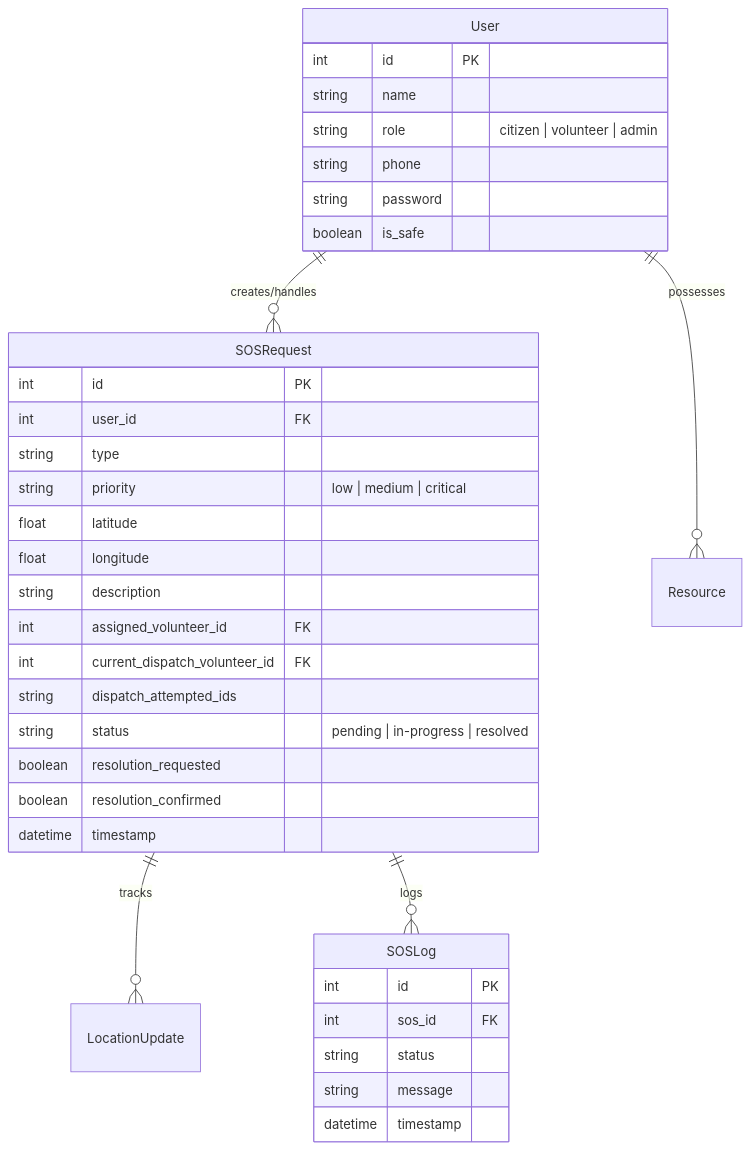
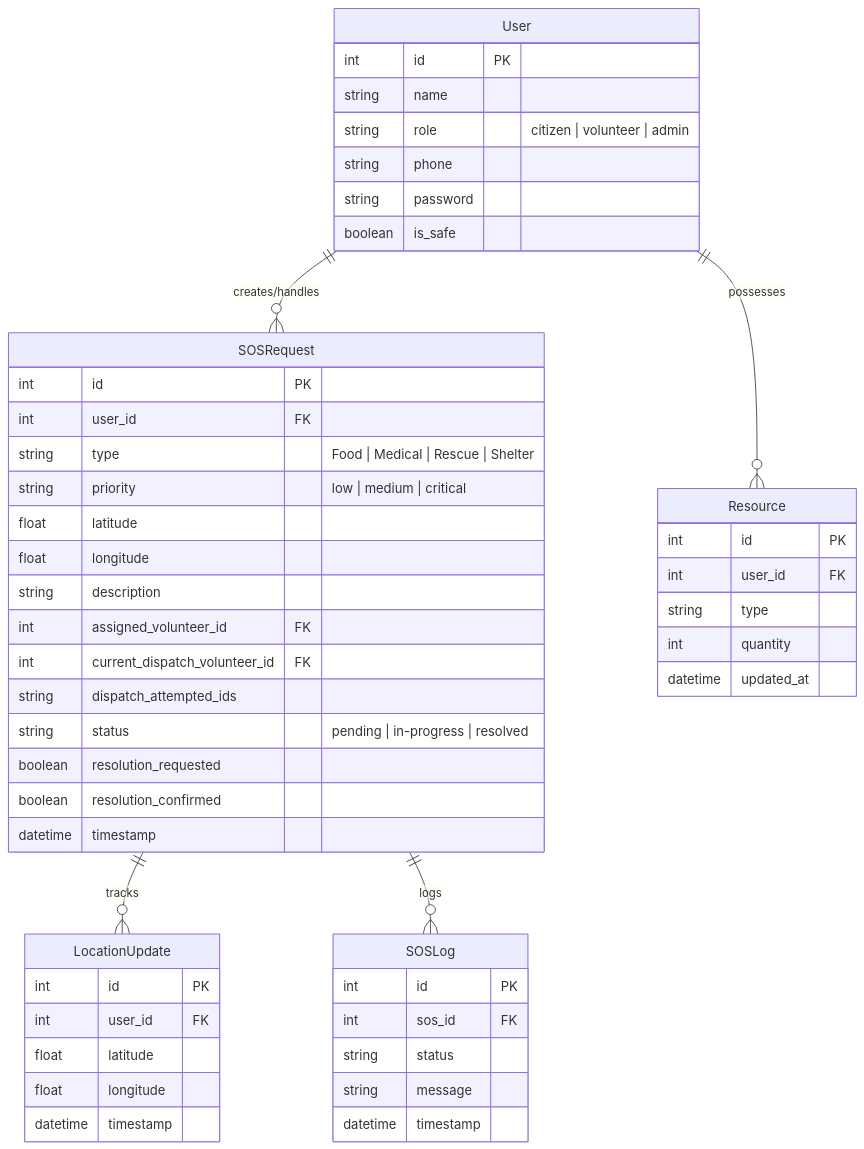
One commit to arunchahal/ReliefLink changed the diagram in README.md. Above: the diagram before and after it, drawn with Mermaid. The commit also changed other lines of this file, not shown here.

````diff
--- a/README.md
+++ b/README.md
@@ -45,41 +168,57 @@
 ```mermaid
 erDiagram
     User ||--o{ SOSRequest : "creates/handles"
     User ||--o{ Resource : "possesses"
     SOSRequest ||--o{ LocationUpdate : "tracks"
     SOSRequest ||--o{ SOSLog : "logs"
 
     User {
         int id PK
         string name
         string role "citizen | volunteer | admin"
         string phone
         string password
         boolean is_safe
     }
 
     SOSRequest {
         int id PK
         int user_id FK
-        string type
+        string type "Food | Medical | Rescue | Shelter"
         string priority "low | medium | critical"
         float latitude
         float longitude
         string description
         int assigned_volunteer_id FK
         int current_dispatch_volunteer_id FK
         string dispatch_attempted_ids
         string status "pending | in-progress | resolved"
         boolean resolution_requested
         boolean resolution_confirmed
         datetime timestamp
     }
 
     SOSLog {
         int id PK
         int sos_id FK
         string status
         string message
         datetime timestamp
     }
+
+    LocationUpdate {
+        int id PK
+        int user_id FK
+        float latitude
+        float longitude
+        datetime timestamp
+    }
+
+    Resource {
+        int id PK
+        int user_id FK
+        string type
+        int quantity
+        datetime updated_at
+    }
 ```
````
